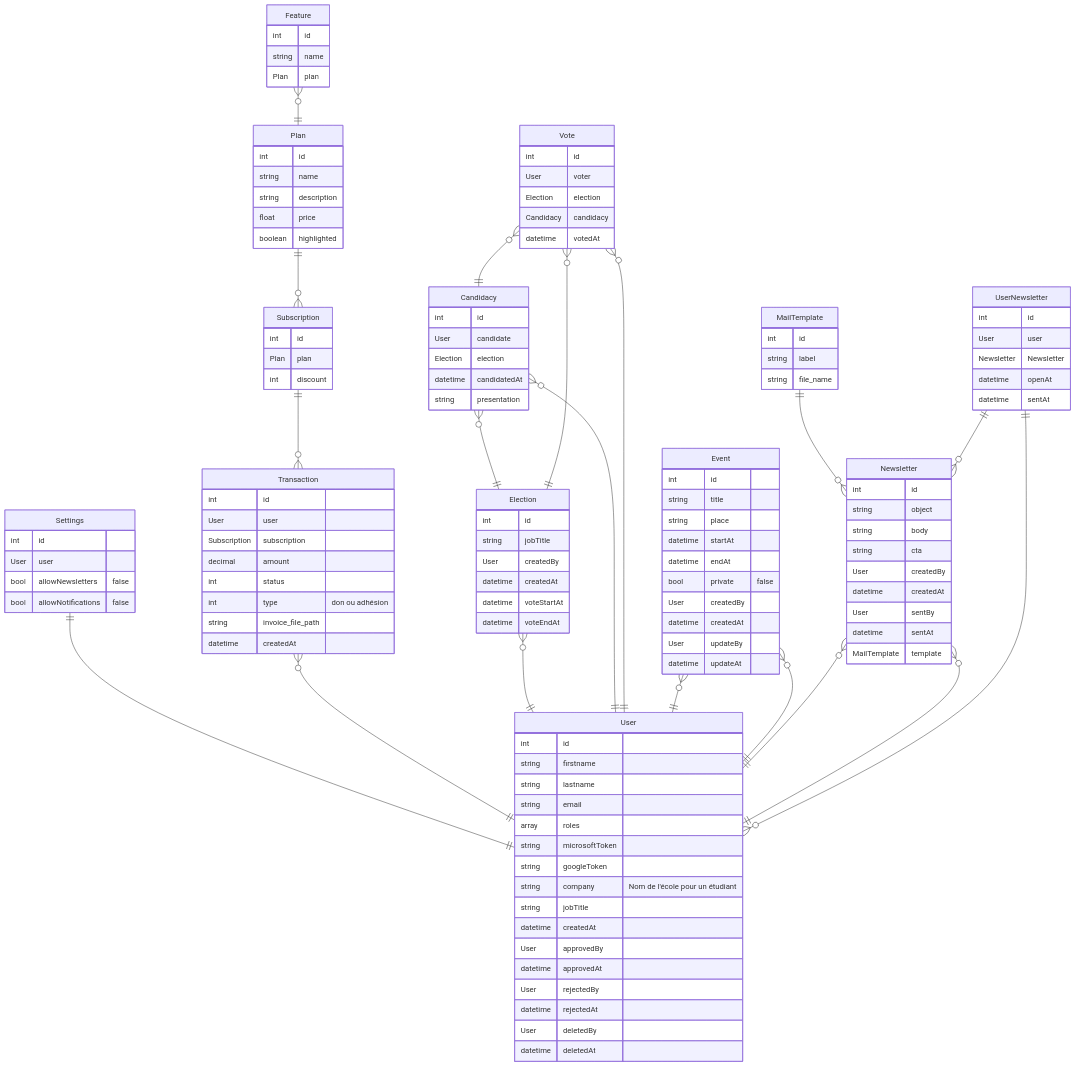
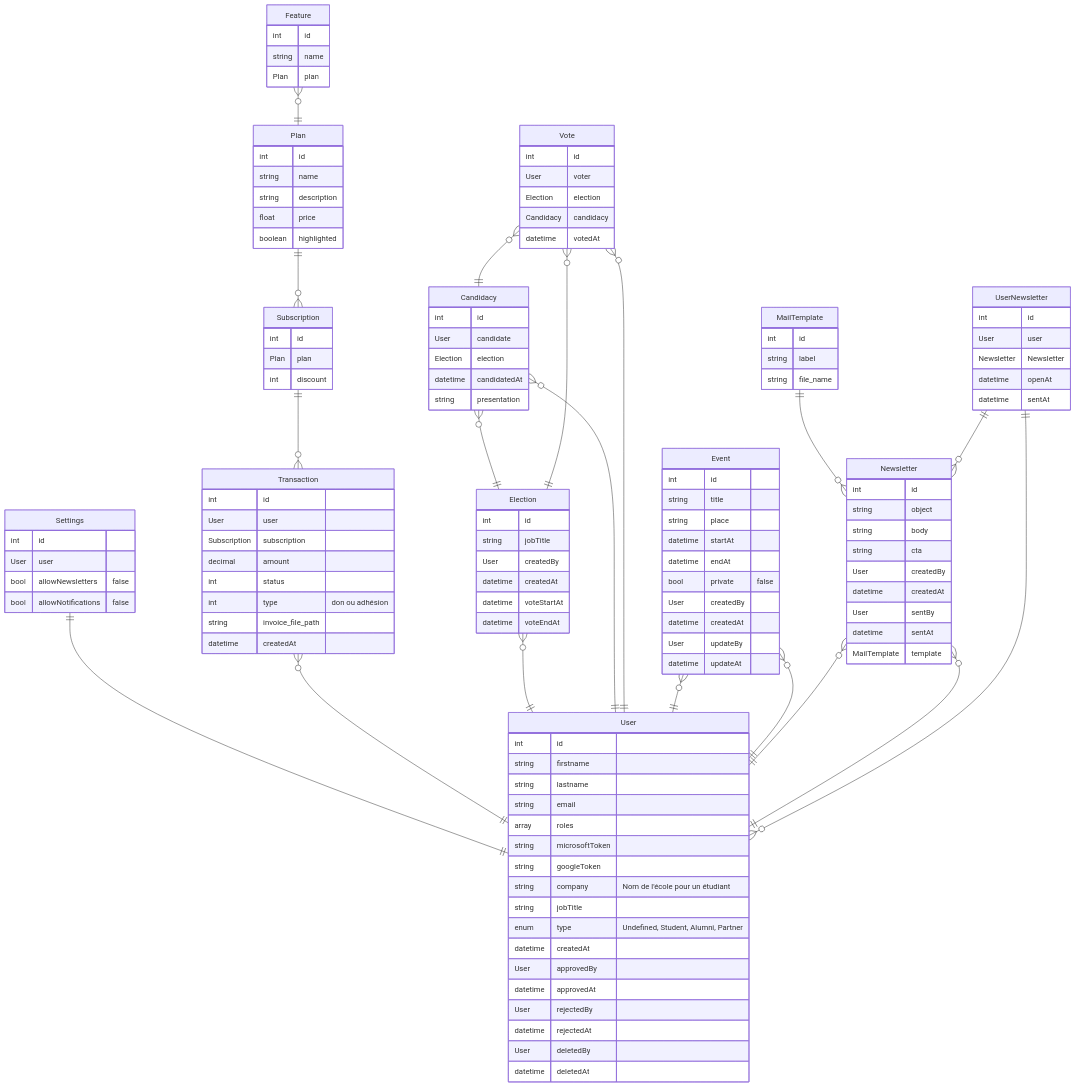
One commit to epsi-wis-alumni/gestion-adhesions changed the diagram in docs/database.md. Above: the diagram before and after it, drawn with Mermaid. The commit also changed 1 other file, not shown here.

Commit message:
Add "type" field for User in missing file

```diff
--- a/docs/database.md
+++ b/docs/database.md
@@ -10,6 +10,7 @@
         string googleToken
         string company "Nom de l'école pour un étudiant"
         string jobTitle
+        enum type "Undefined, Student, Alumni, Partner"
         datetime createdAt
         User approvedBy
         datetime approvedAt
```
